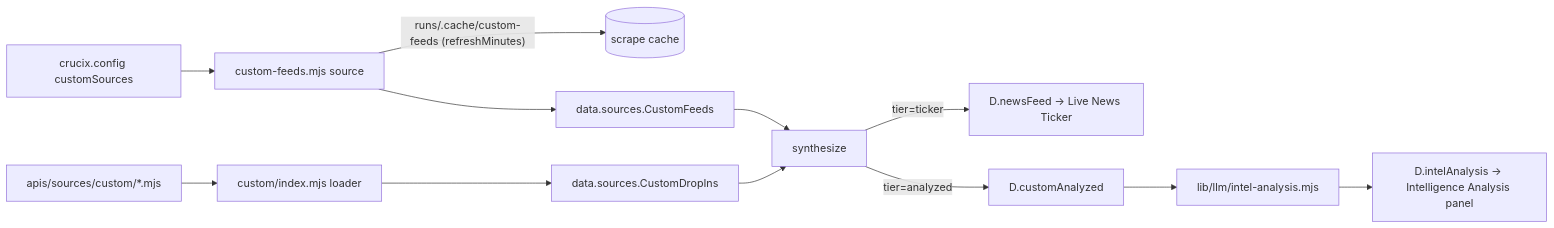
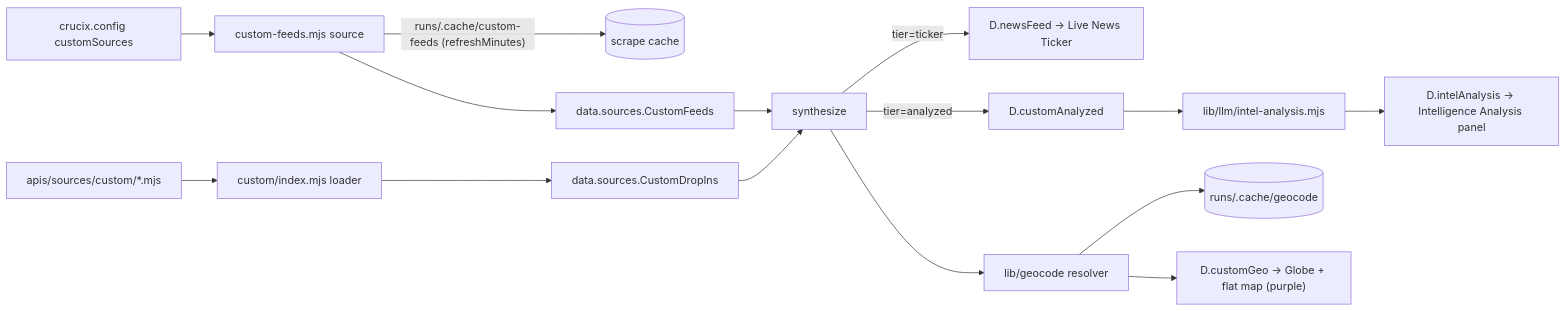
One commit to byronroark/Crucix changed the diagram in CUSTOM_SOURCES.md. Above: the diagram before and after it, drawn with Mermaid. The commit also changed other lines of this file and 14 other files, not shown here.

````diff
--- a/CUSTOM_SOURCES.md
+++ b/CUSTOM_SOURCES.md
@@ -19,14 +19,17 @@
 ```mermaid
 flowchart LR
   cfg["crucix.config customSources"] --> cf[custom-feeds.mjs source]
   dropin["apis/sources/custom/*.mjs"] --> dropinIdx[custom/index.mjs loader]
   cf -->|"runs/.cache/custom-feeds (refreshMinutes)"| cache[(scrape cache)]
   cf --> raw1["data.sources.CustomFeeds"]
   dropinIdx --> raw2["data.sources.CustomDropIns"]
   raw1 --> synth[synthesize]
   raw2 --> synth
   synth -->|tier=ticker| ticker["D.newsFeed -> Live News Ticker"]
   synth -->|tier=analyzed| analyzed["D.customAnalyzed"]
   analyzed --> intelLLM["lib/llm/intel-analysis.mjs"]
   intelLLM --> intel["D.intelAnalysis -> Intelligence Analysis panel"]
+  synth --> geo["lib/geocode resolver"]
+  geo --> geocache[("runs/.cache/geocode")]
+  geo --> mapPts["D.customGeo -> Globe + flat map (purple)"]
 ```
````
